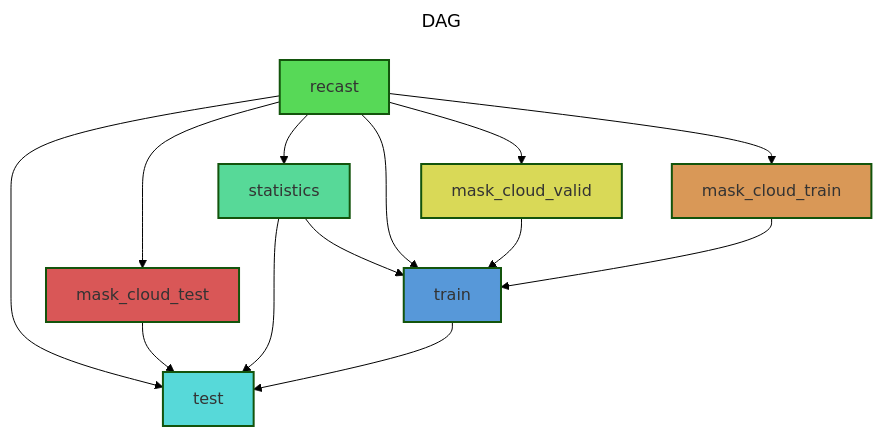
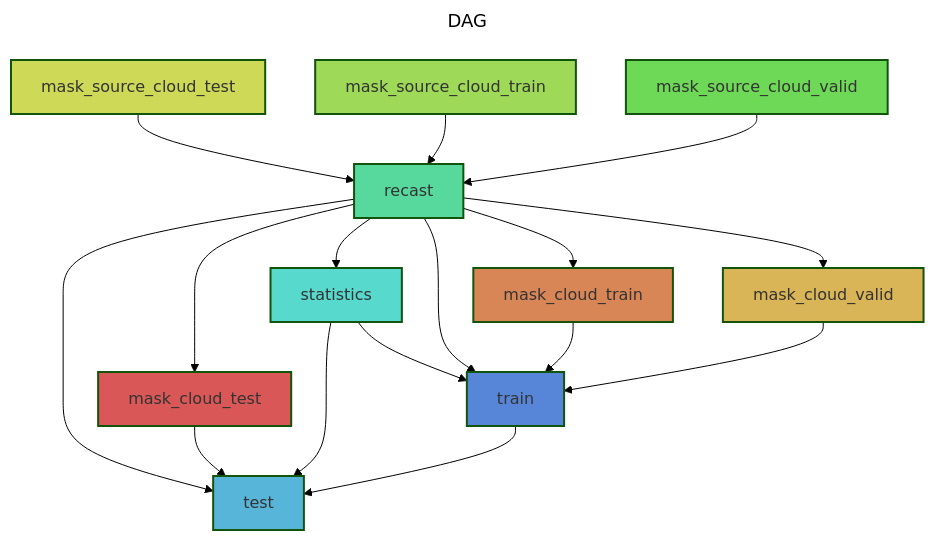
The diagram in config/experiment/forward_clear.mmd (tremblaybenoit/RACCOONN), drawn with Mermaid (forest theme) before and after one commit. The commit also changed 38 other files, not shown here.

```diff
--- a/config/experiment/forward_clear.mmd
+++ b/config/experiment/forward_clear.mmd
@@ -1,30 +1,39 @@
 ---
 title: DAG
 ---
 flowchart TB
 	id0[test]
 	id1[mask_cloud_test]
 	id2[recast]
-	id3[statistics]
-	id4[train]
-	id5[mask_cloud_valid]
-	id6[mask_cloud_train]
-	style id0 fill:#57D9D9,stroke-width:2px,color:#333333
+	id3[mask_source_cloud_test]
+	id4[mask_source_cloud_train]
+	id5[mask_source_cloud_valid]
+	id6[statistics]
+	id7[train]
+	id8[mask_cloud_train]
+	id9[mask_cloud_valid]
+	style id0 fill:#57B5D9,stroke-width:2px,color:#333333
 	style id1 fill:#D95757,stroke-width:2px,color:#333333
-	style id2 fill:#57D957,stroke-width:2px,color:#333333
-	style id3 fill:#57D998,stroke-width:2px,color:#333333
-	style id4 fill:#5798D9,stroke-width:2px,color:#333333
-	style id5 fill:#D9D957,stroke-width:2px,color:#333333
-	style id6 fill:#D99857,stroke-width:2px,color:#333333
-	id3 --> id0
-	id4 --> id0
+	style id2 fill:#57D99E,stroke-width:2px,color:#333333
+	style id3 fill:#CDD957,stroke-width:2px,color:#333333
+	style id4 fill:#9ED957,stroke-width:2px,color:#333333
+	style id5 fill:#6ED957,stroke-width:2px,color:#333333
+	style id6 fill:#57D9CD,stroke-width:2px,color:#333333
+	style id7 fill:#5786D9,stroke-width:2px,color:#333333
+	style id8 fill:#D98657,stroke-width:2px,color:#333333
+	style id9 fill:#D9B557,stroke-width:2px,color:#333333
+	id7 --> id0
 	id1 --> id0
+	id6 --> id0
 	id2 --> id0
 	id2 --> id1
-	id2 --> id3
-	id5 --> id4
-	id6 --> id4
-	id3 --> id4
-	id2 --> id4
-	id2 --> id5
+	id3 --> id2
+	id4 --> id2
+	id5 --> id2
 	id2 --> id6
+	id9 --> id7
+	id8 --> id7
+	id6 --> id7
+	id2 --> id7
+	id2 --> id8
+	id2 --> id9
```
